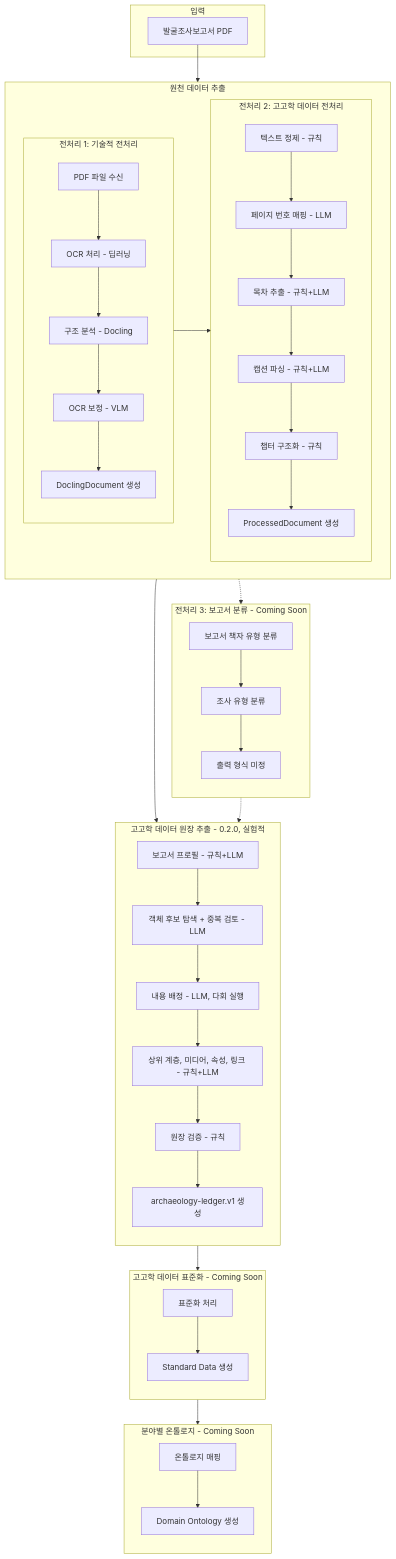
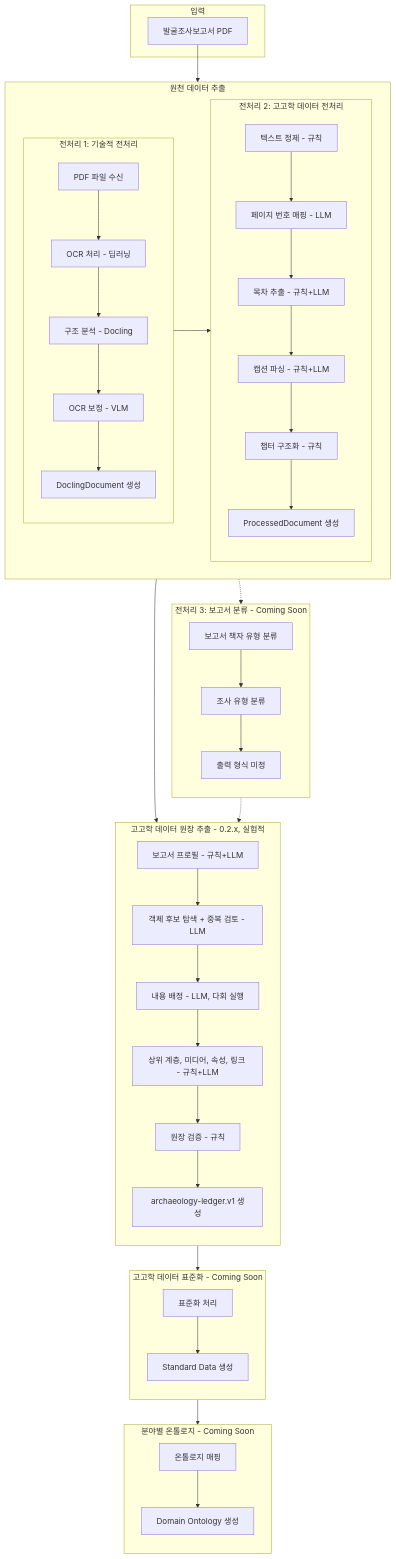
One commit to heripo-lab/heripo-engine changed the first of 6 diagrams in docs/architecture.ko.md. Above: the diagram before and after it, drawn with Mermaid. The commit also changed other lines of this file and 5 other files, not shown here.

````diff
--- a/docs/architecture.ko.md
+++ b/docs/architecture.ko.md
@@ -22,71 +22,71 @@
 ```mermaid
 flowchart TB
     subgraph Input[입력]
         PDF[발굴조사보고서 PDF]
     end
 
     subgraph RawData[원천 데이터 추출]
         subgraph Phase1[전처리 1: 기술적 전처리]
             direction TB
             P1_1[PDF 파일 수신]
             P1_2[OCR 처리 - 딥러닝]
             P1_3[구조 분석 - Docling]
             P1_3b[OCR 보정 - VLM]
             P1_4[DoclingDocument 생성]
             P1_1 --> P1_2 --> P1_3 --> P1_3b --> P1_4
         end
 
         subgraph Phase2[전처리 2: 고고학 데이터 전처리]
             direction TB
             P2_1[텍스트 정제 - 규칙]
             P2_2[페이지 번호 매핑 - LLM]
             P2_3[목차 추출 - 규칙+LLM]
             P2_4[캡션 파싱 - 규칙+LLM]
             P2_5[챕터 구조화 - 규칙]
             P2_6[ProcessedDocument 생성]
             P2_1 --> P2_2 --> P2_3 --> P2_4 --> P2_5 --> P2_6
         end
 
         Phase1 --> Phase2
     end
 
     subgraph Classification[전처리 3: 보고서 분류 - Coming Soon]
         direction TB
         C1[보고서 책자 유형 분류]
         C2[조사 유형 분류]
         C3[출력 형식 미정]
         C1 --> C2 --> C3
     end
 
-    subgraph Ledger[고고학 데이터 원장 추출 - 0.2.0, 실험적]
+    subgraph Ledger[고고학 데이터 원장 추출 - 0.2.x, 실험적]
         direction TB
         L1[보고서 프로필 - 규칙+LLM]
         L2[객체 후보 탐색 + 중복 검토 - LLM]
         L3[내용 배정 - LLM, 다회 실행]
         L4[상위 계층, 미디어, 속성, 링크 - 규칙+LLM]
         L5[원장 검증 - 규칙]
         L6[archaeology-ledger.v1 생성]
         L1 --> L2 --> L3 --> L4 --> L5 --> L6
     end
 
     subgraph Standard[고고학 데이터 표준화 - Coming Soon]
         direction TB
         S1[표준화 처리]
         S2[Standard Data 생성]
         S1 --> S2
     end
 
     subgraph Ontology[분야별 온톨로지 - Coming Soon]
         direction TB
         O1[온톨로지 매핑]
         O2[Domain Ontology 생성]
         O1 --> O2
     end
 
     PDF --> RawData
     RawData --> Ledger
     RawData -.-> Classification
     Classification -.-> Ledger
     Ledger --> Standard
     Standard --> Ontology
 ```
````
